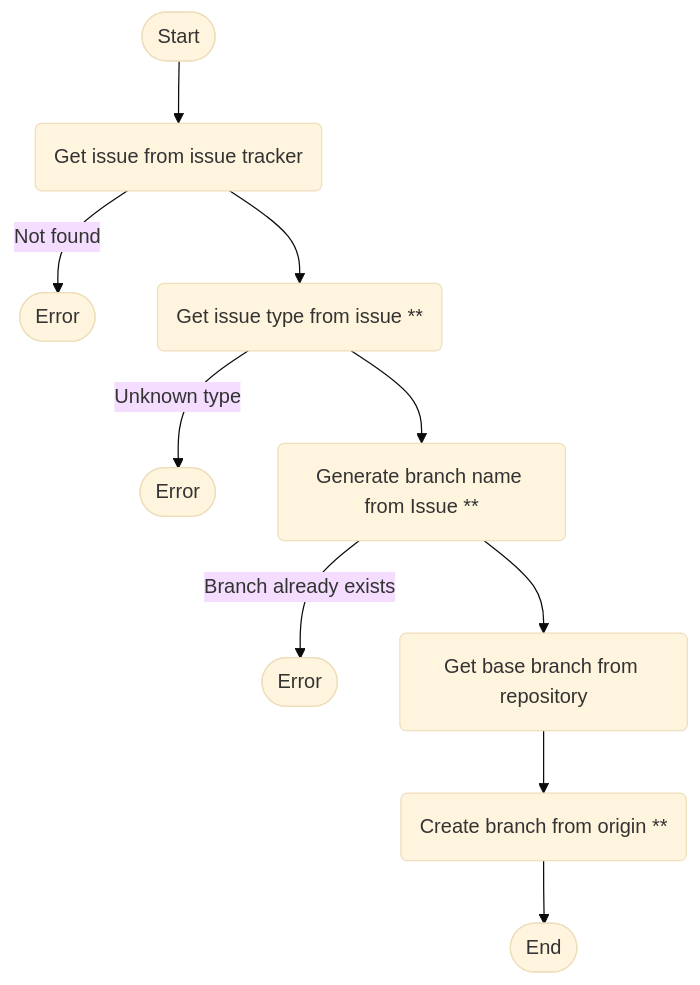
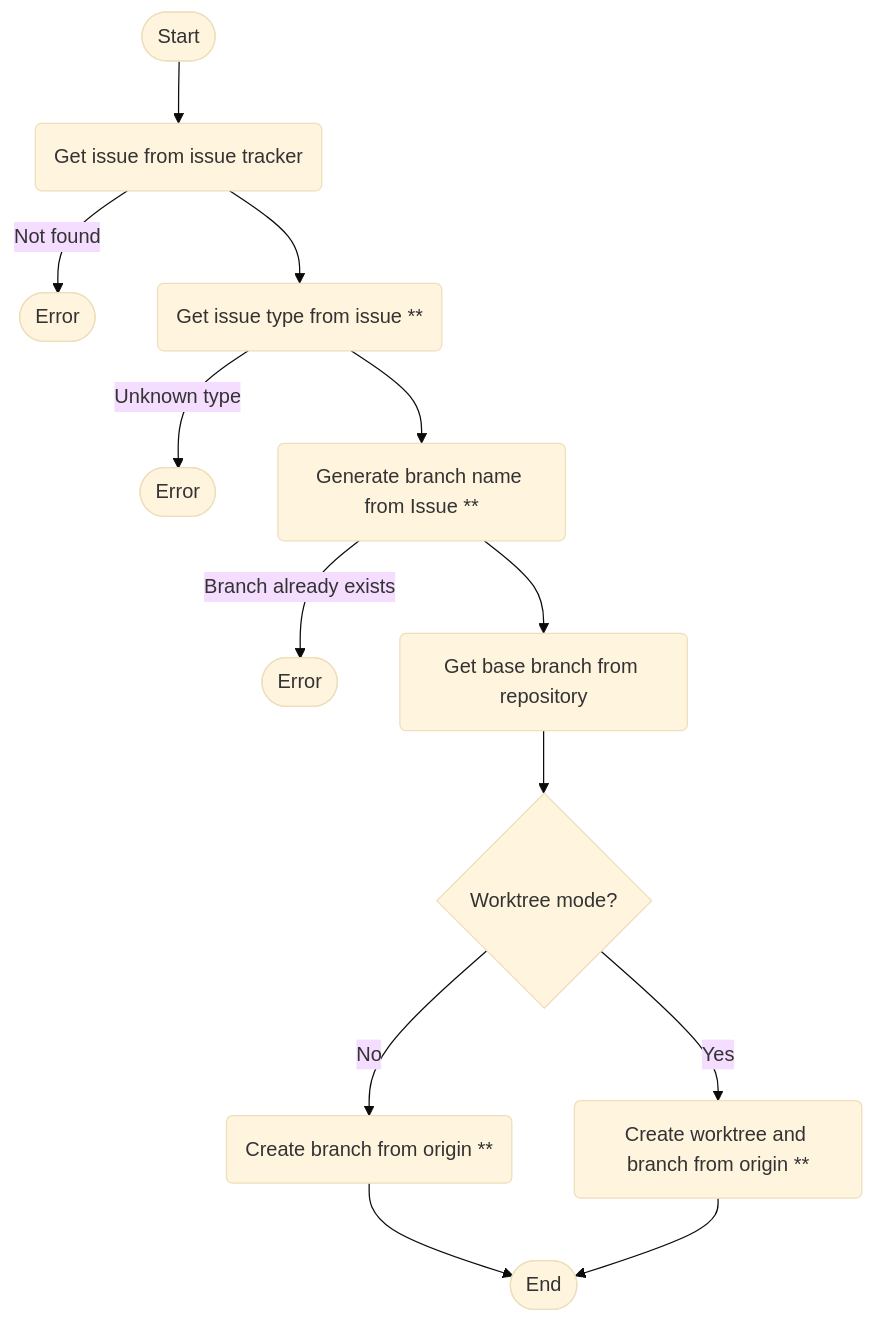
The first of 3 diagrams in docs/ARCHITECTURE.md (InditexTech/gh-sherpa), drawn with Mermaid (base theme) before and after one commit. The commit also changed 21 other files, not shown here.

````diff
--- a/docs/ARCHITECTURE.md
+++ b/docs/ARCHITECTURE.md
@@ -10,20 +10,24 @@
 ```mermaid
 graph TD;
   Start([Start]) --> getIssue
 
   getIssue -->|Not found| getIssueError([Error])
   getIssue(Get issue from issue tracker) --> getIssueType
 
   getIssueType -->|Unknown type| getIssueTypeErr([Error])
   getIssueType(Get issue type from issue **) --> generateBranchName
   
   generateBranchName -->|Branch already exists| generateBranchNameErr([Error])
   generateBranchName(Generate branch name from Issue **) --> getBaseBranch
 
-  getBaseBranch(Get base branch from repository) -->  checkoutBranch
+  getBaseBranch(Get base branch from repository) --> creationMode{Worktree mode?}
 
+  creationMode -->|No| checkoutBranch
   checkoutBranch(Create branch from origin **) --> End
+
+  creationMode -->|Yes| createWorktree
+  createWorktree(Create worktree and branch from origin **) --> End
 
   End([End])
 
 ```
````
